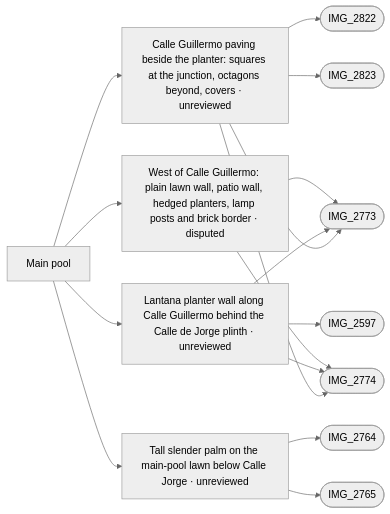
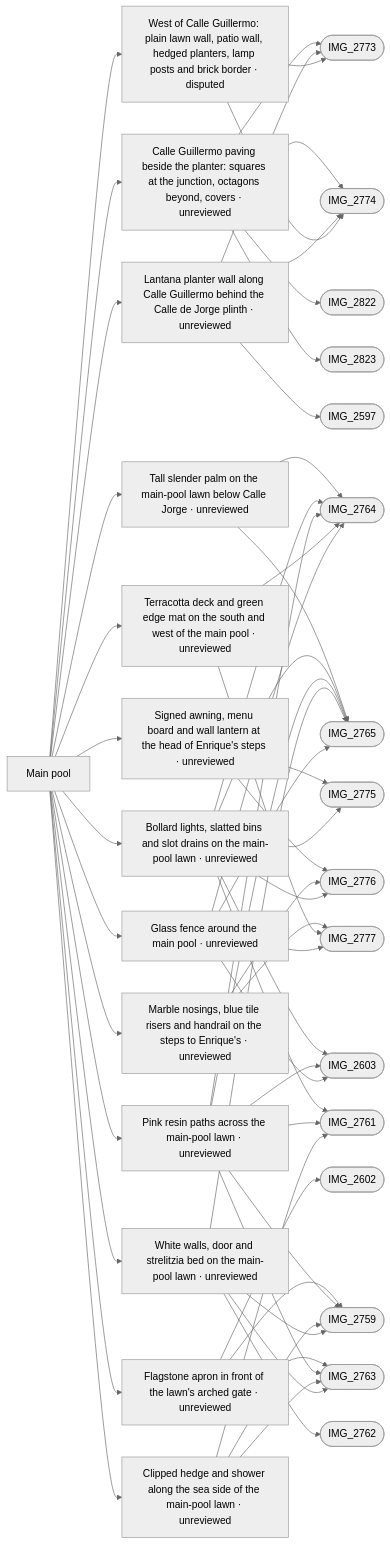
The diagram in refs/areas/main-pool.md (daveyboyc/villacana-venture), drawn with Mermaid (neutral theme) before and after one commit. The commit also changed other lines of this file and 37 other files, not shown here.

First line of the commit message:
Add the main-pool lawn paths, fence and step finish from the November photos.

````diff
--- a/refs/areas/main-pool.md
+++ b/refs/areas/main-pool.md
@@ -45,19 +47,60 @@
 ```mermaid
 graph LR
   A["Main pool"]
   A --> F0["Calle Guillermo paving beside the planter: squares at the junction, octagons beyond, covers · unreviewed"]
   F0 --> PIMG_2773_jpg(["IMG_2773"])
   F0 --> PIMG_2774_jpg(["IMG_2774"])
   F0 --> PIMG_2822_jpg(["IMG_2822"])
   F0 --> PIMG_2823_jpg(["IMG_2823"])
   A --> F1["Lantana planter wall along Calle Guillermo behind the Calle de Jorge plinth · unreviewed"]
   F1 --> PIMG_2597_jpg(["IMG_2597"])
   F1 --> PIMG_2773_jpg(["IMG_2773"])
   F1 --> PIMG_2774_jpg(["IMG_2774"])
   A --> F2["West of Calle Guillermo: plain lawn wall, patio wall, hedged planters, lamp posts and brick border · disputed"]
   F2 --> PIMG_2773_jpg(["IMG_2773"])
   F2 --> PIMG_2774_jpg(["IMG_2774"])
   A --> F3["Tall slender palm on the main-pool lawn below Calle Jorge · unreviewed"]
   F3 --> PIMG_2764_jpg(["IMG_2764"])
   F3 --> PIMG_2765_jpg(["IMG_2765"])
+  A --> F4["Signed awning, menu board and wall lantern at the head of Enrique's steps · unreviewed"]
+  F4 --> PIMG_2775_jpg(["IMG_2775"])
+  F4 --> PIMG_2776_jpg(["IMG_2776"])
+  A --> F5["Marble nosings, blue tile risers and handrail on the steps to Enrique's · unreviewed"]
+  F5 --> PIMG_2776_jpg(["IMG_2776"])
+  F5 --> PIMG_2777_jpg(["IMG_2777"])
+  A --> F6["Bollard lights, slatted bins and slot drains on the main-pool lawn · unreviewed"]
+  F6 --> PIMG_2603_jpg(["IMG_2603"])
+  F6 --> PIMG_2761_jpg(["IMG_2761"])
+  F6 --> PIMG_2764_jpg(["IMG_2764"])
+  F6 --> PIMG_2765_jpg(["IMG_2765"])
+  F6 --> PIMG_2775_jpg(["IMG_2775"])
+  F6 --> PIMG_2776_jpg(["IMG_2776"])
+  A --> F7["Flagstone apron in front of the lawn's arched gate · unreviewed"]
+  F7 --> PIMG_2602_jpg(["IMG_2602"])
+  F7 --> PIMG_2759_jpg(["IMG_2759"])
+  F7 --> PIMG_2763_jpg(["IMG_2763"])
+  A --> F8["Pink resin paths across the main-pool lawn · unreviewed"]
+  F8 --> PIMG_2603_jpg(["IMG_2603"])
+  F8 --> PIMG_2759_jpg(["IMG_2759"])
+  F8 --> PIMG_2761_jpg(["IMG_2761"])
+  F8 --> PIMG_2763_jpg(["IMG_2763"])
+  F8 --> PIMG_2764_jpg(["IMG_2764"])
+  F8 --> PIMG_2765_jpg(["IMG_2765"])
+  A --> F9["Clipped hedge and shower along the sea side of the main-pool lawn · unreviewed"]
+  F9 --> PIMG_2759_jpg(["IMG_2759"])
+  F9 --> PIMG_2761_jpg(["IMG_2761"])
+  F9 --> PIMG_2763_jpg(["IMG_2763"])
+  A --> F10["White walls, door and strelitzia bed on the main-pool lawn · unreviewed"]
+  F10 --> PIMG_2759_jpg(["IMG_2759"])
+  F10 --> PIMG_2762_jpg(["IMG_2762"])
+  F10 --> PIMG_2763_jpg(["IMG_2763"])
+  F10 --> PIMG_2765_jpg(["IMG_2765"])
+  A --> F11["Terracotta deck and green edge mat on the south and west of the main pool · unreviewed"]
+  F11 --> PIMG_2764_jpg(["IMG_2764"])
+  F11 --> PIMG_2777_jpg(["IMG_2777"])
+  A --> F12["Glass fence around the main pool · unreviewed"]
+  F12 --> PIMG_2603_jpg(["IMG_2603"])
+  F12 --> PIMG_2764_jpg(["IMG_2764"])
+  F12 --> PIMG_2765_jpg(["IMG_2765"])
+  F12 --> PIMG_2777_jpg(["IMG_2777"])
 ```
````
